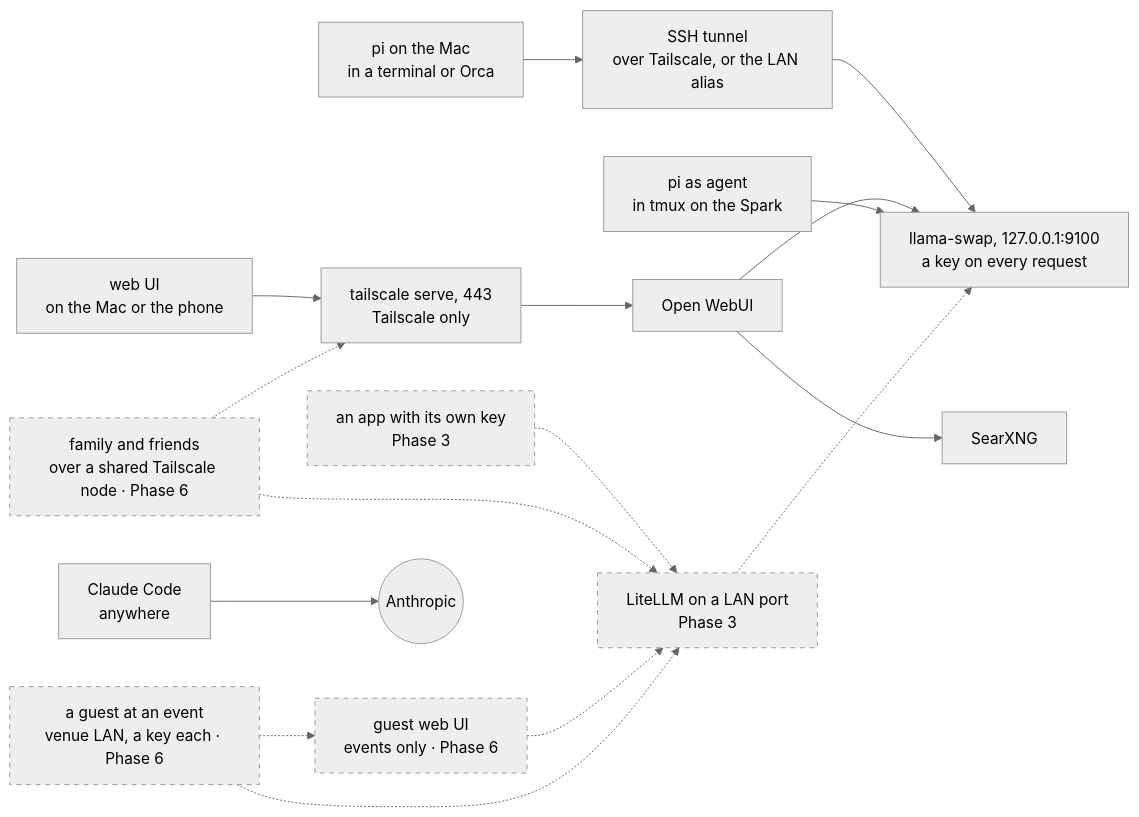
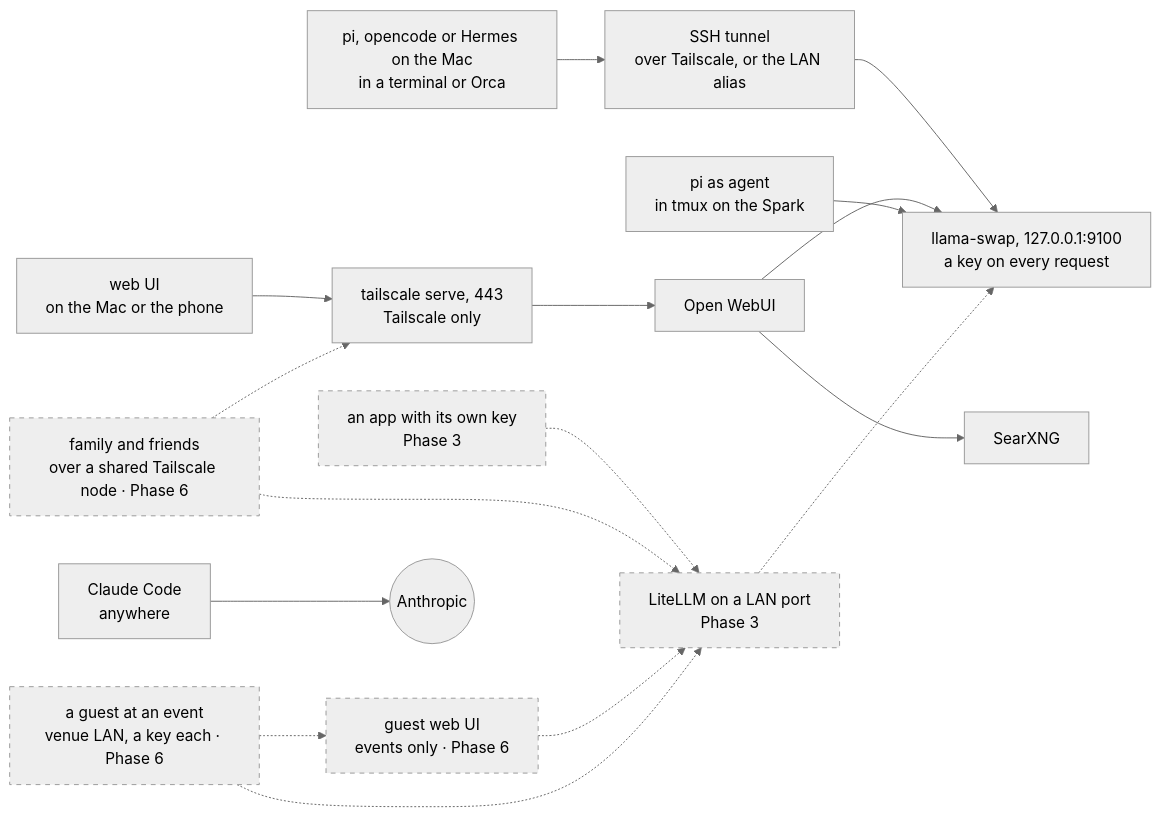
One commit to chendaniely/local-ai changed the second of 4 diagrams in website/architecture.qmd. Above: the diagram before and after it, drawn with Mermaid (neutral theme). The commit also changed other lines of this file and 2 other files, not shown here.

First line of the commit message:
docs(clients): 🤖 opencode and Hermes on the Mac: the page, pi's note, and both on the architecture diagrams

````diff
--- a/website/architecture.qmd
+++ b/website/architecture.qmd
@@ -96,32 +99,32 @@
 ```{mermaid}
 flowchart LR
   classDef planned stroke-dasharray: 5 5
 
-  piT["pi on the Mac<br/>in a terminal or Orca"]
+  piT["pi, opencode or Hermes on the Mac<br/>in a terminal or Orca"]
   ui["web UI<br/>on the Mac or the phone"]
   piA["pi as agent<br/>in tmux on the Spark"]
   cc["Claude Code<br/>anywhere"]
   app["an app with its own key<br/>Phase 3"]:::planned
   fam["family and friends<br/>over a shared Tailscale node · Phase 6"]:::planned
   guest["a guest at an event<br/>venue LAN, a key each · Phase 6"]:::planned
 
   tunnel["SSH tunnel<br/>over Tailscale, or the LAN alias"]
   guestui["guest web UI<br/>events only · Phase 6"]:::planned
   serve["tailscale serve, 443<br/>Tailscale only"]
   owui["Open WebUI"]
   searx["SearXNG"]
   swap["llama-swap, 127.0.0.1:9100<br/>a key on every request"]
   litellm["LiteLLM on a LAN port<br/>Phase 3"]:::planned
   anthropic(("Anthropic"))
 
   piT --> tunnel --> swap
   ui --> serve --> owui --> swap
   owui --> searx
   piA --> swap
   cc --> anthropic
   app -.-> litellm -.-> swap
   fam -.-> serve
   fam -.-> litellm
   guest -.-> guestui -.-> litellm
   guest -.-> litellm
 ```
````
